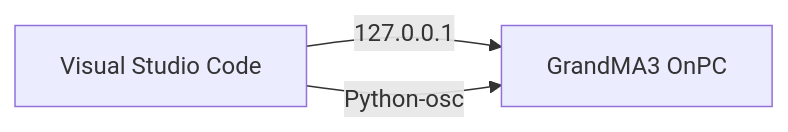
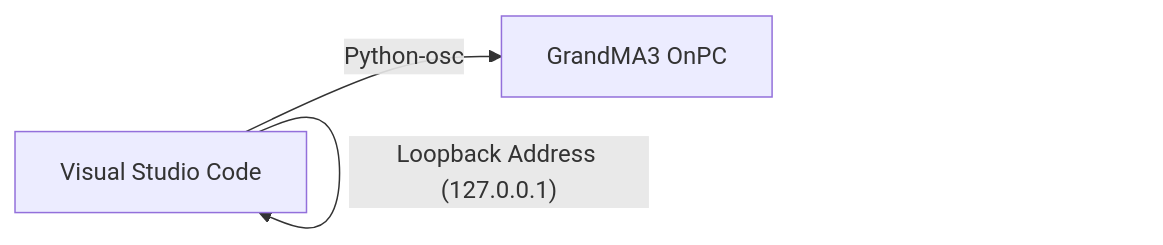
One commit to syakiltrm/syak-OSC changed the diagram in README.md. Above: the diagram before and after it, drawn with Mermaid. The commit also changed other lines of this file and 6 other files, not shown here.

````diff
--- a/README.md
+++ b/README.md
@@ -42,10 +43,9 @@
 ```mermaid
 graph LR
 
 A[Visual Studio Code]
 B[GrandMA3 OnPC]
 
-A--127.0.0.1-->B
+A--Loopback Address (127.0.0.1)-->A
 A--Python-osc-->B
-
 ```
````
